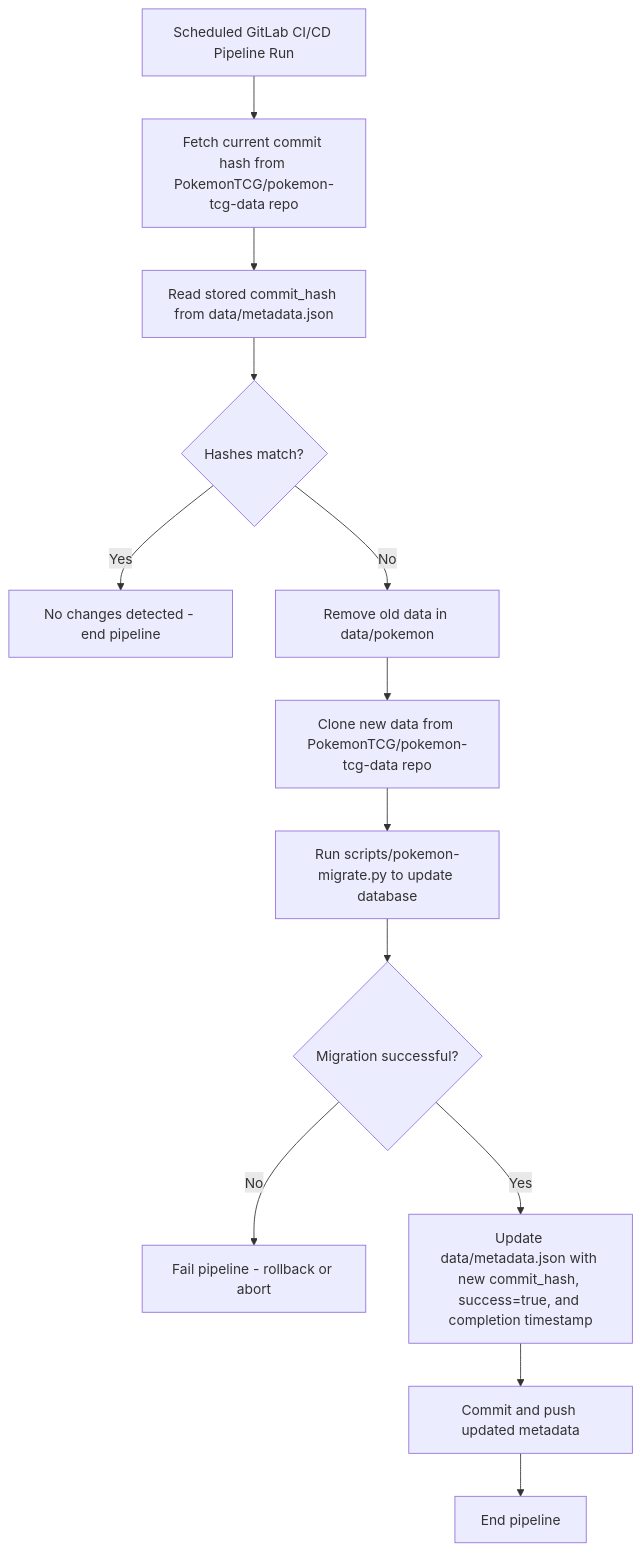
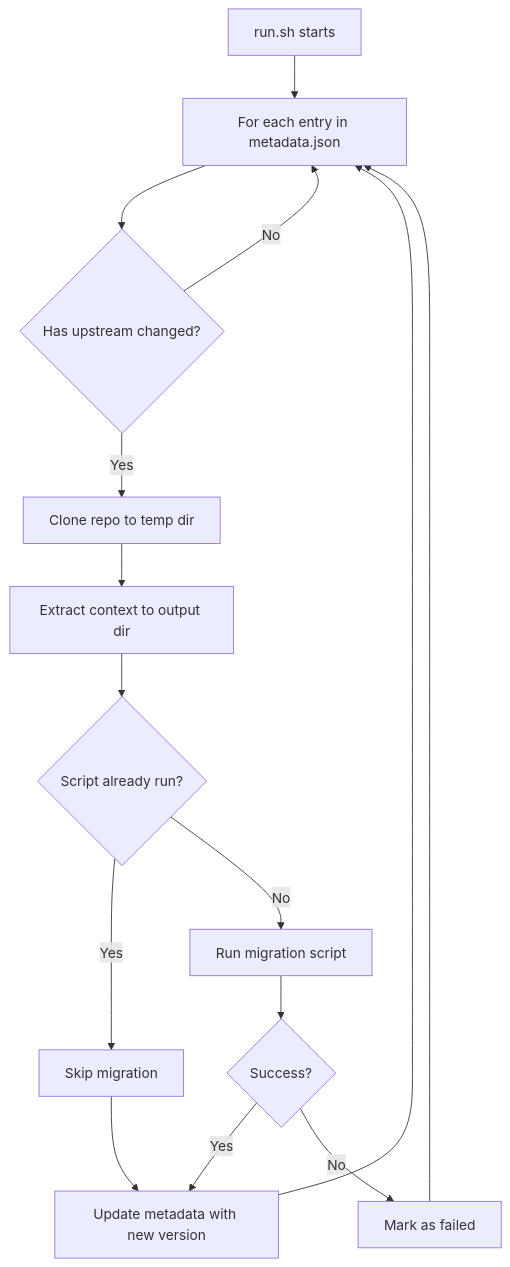
Before and after one commit to LukeHollandDev/tcg-decklists: the diagram in tools/data-pipeline/README.md, drawn with Mermaid. The commit also changed other lines of this file and 182 other files, not shown here.

Commit message:
refactored data-pipeline and added migrate script for the set data to also be stored in the database

````diff
--- a/tools/data-pipeline/README.md
+++ b/tools/data-pipeline/README.md
@@ -50,15 +109,17 @@
 ```mermaid
 flowchart TD
-    A[Scheduled GitLab CI/CD Pipeline Run] --> B[Fetch current commit hash from PokemonTCG/pokemon-tcg-data repo]
-    B --> C[Read stored commit_hash from data/metadata.json]
-    C --> D{Hashes match?}
-    D -->|Yes| E[No changes detected - end pipeline]
-    D -->|No| F[Remove old data in data/pokemon]
-    F --> G[Clone new data from PokemonTCG/pokemon-tcg-data repo]
-    G --> H[Run scripts/pokemon-migrate.py to update database]
-    H --> I{Migration successful?}
-    I -->|No| J[Fail pipeline - rollback or abort]
-    I -->|Yes| K[Update data/metadata.json with new commit_hash, success=true, and completion timestamp]
-    K --> L[Commit and push updated metadata]
-    L --> M[End pipeline]
+    A[run.sh starts] --> B[For each entry in metadata.json]
+    B --> C{Has upstream changed?}
+    C -->|No| B
+    C -->|Yes| D[Clone repo to temp dir]
+    D --> E[Extract context to output dir]
+    E --> F{Script already run?}
+    F -->|Yes| G[Skip migration]
+    F -->|No| H[Run migration script]
+    H --> I{Success?}
+    I -->|Yes| J[Update metadata with new version]
+    I -->|No| K[Mark as failed]
+    J --> B
+    G --> J
+    K --> B
 ```
````
